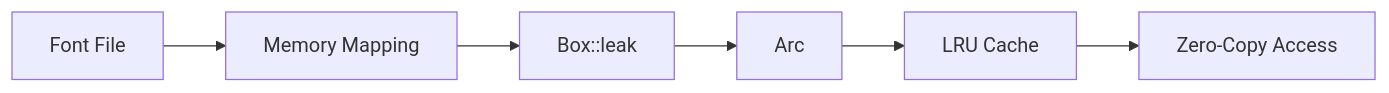
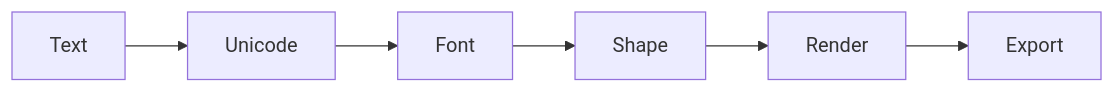
Before and after one commit to fontlaborg/typf: the diagram in src_docs/03-architecture-overview.md, drawn with Mermaid. The commit also changed other lines of this file and 33 other files, not shown here.

````diff
--- a/src_docs/03-architecture-overview.md
+++ b/src_docs/03-architecture-overview.md
@@ -243,8 +16,8 @@
 ```mermaid
 graph LR
-    A[Font File] --> B[Memory Mapping]
-    B --> C[Box::leak]
-    C --> D[Arc<Font>]
-    D --> E[LRU Cache]
-    E --> F[Zero-Copy Access]
+    A[Text] --> B[Unicode]
+    B --> C[Font]
+    C --> D[Shape]
+    D --> E[Render]
+    E --> F[Export]
 ```
````
